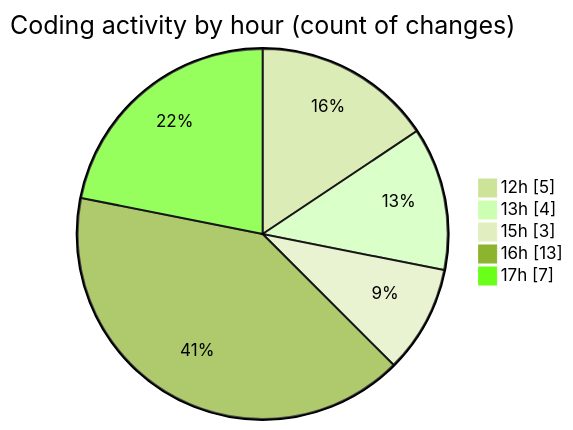
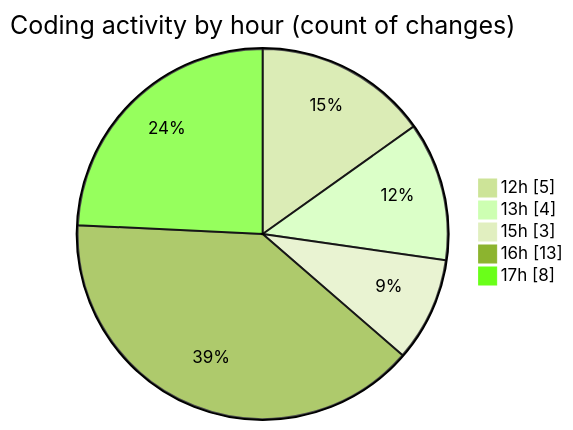
The second of 2 diagrams in 2025-05-09/argos-dev/README.md (nxtqubesakshisongat/code-tracking), drawn with Mermaid (forest theme) before and after one commit. The commit also changed other lines of this file and 1 other file, not shown here.

````diff
--- a/2025-05-09/argos-dev/README.md
+++ b/2025-05-09/argos-dev/README.md
@@ -33,9 +33,9 @@
 ```mermaid
 pie showData
 title Coding activity by hour (count of changes)
 "12h" : 5
 "13h" : 4
 "15h" : 3
 "16h" : 13
-"17h" : 7
+"17h" : 8
 ```
````
